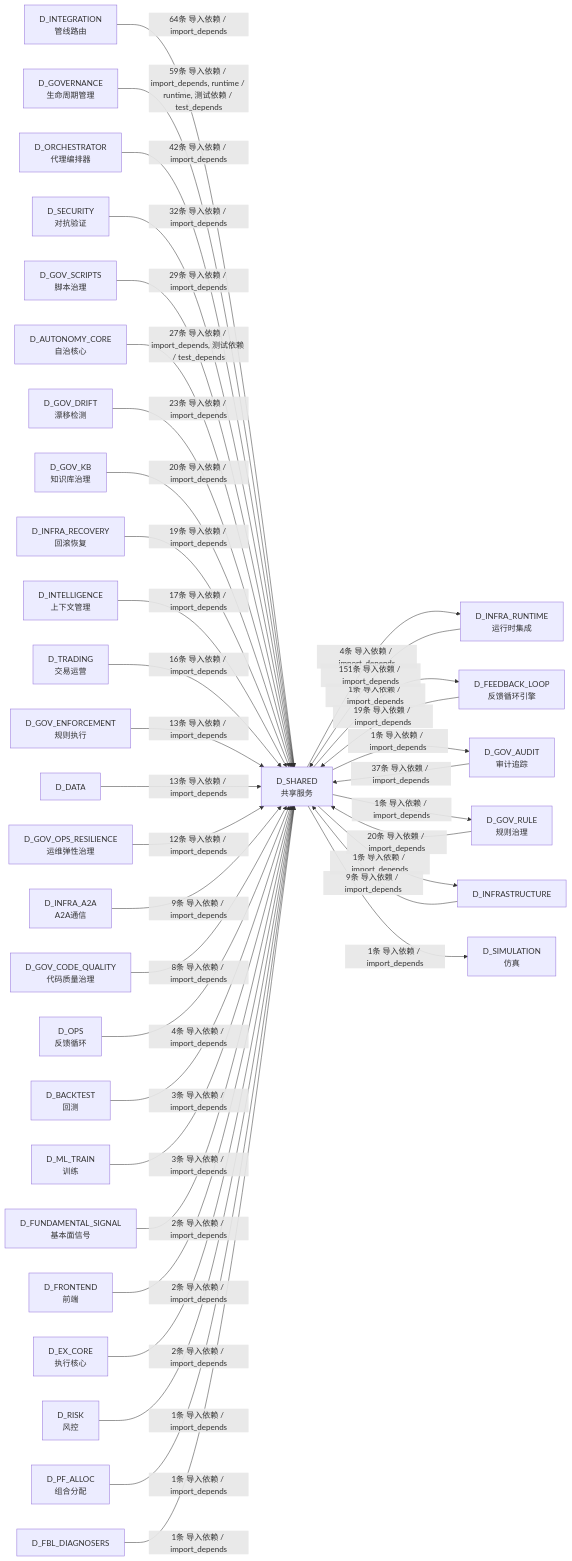
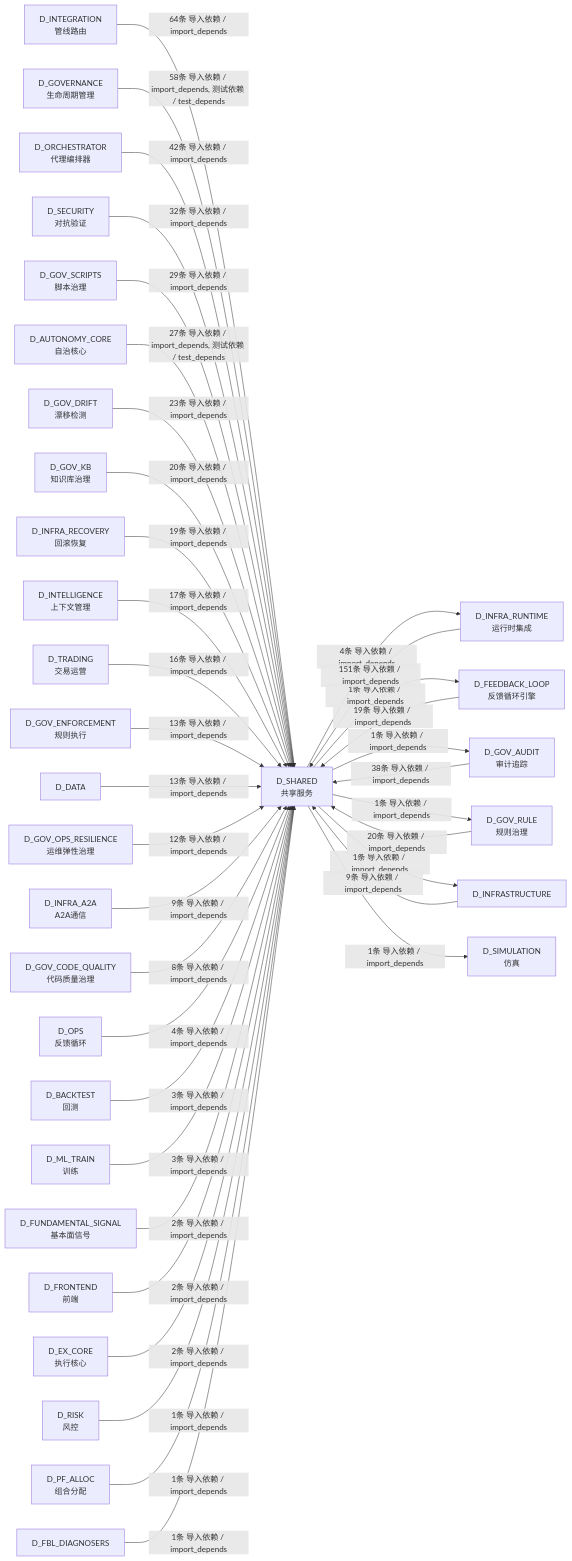
One commit to xuanFelixVan/ZephyrAlpha changed the tenth of 10 diagrams in docs/02_enterprise_architecture/02_domain_architecture_docs/26_d_shared.md. Above: the diagram before and after it, drawn with Mermaid. The commit also changed other lines of this file and 102 other files, not shown here.

````diff
--- a/docs/02_enterprise_architecture/02_domain_architecture_docs/26_d_shared.md
+++ b/docs/02_enterprise_architecture/02_domain_architecture_docs/26_d_shared.md
@@ -1751,71 +1749,71 @@
 ```mermaid
 graph LR
     D_SHARED["D_SHARED<br/>共享服务"]
     D_INFRA_RUNTIME["D_INFRA_RUNTIME<br/>运行时集成"]
     D_FEEDBACK_LOOP["D_FEEDBACK_LOOP<br/>反馈循环引擎"]
     D_GOV_AUDIT["D_GOV_AUDIT<br/>审计追踪"]
     D_GOV_RULE["D_GOV_RULE<br/>规则治理"]
     D_INFRASTRUCTURE["D_INFRASTRUCTURE"]
     D_SIMULATION["D_SIMULATION<br/>仿真"]
     D_INTEGRATION["D_INTEGRATION<br/>管线路由"]
     D_GOVERNANCE["D_GOVERNANCE<br/>生命周期管理"]
     D_ORCHESTRATOR["D_ORCHESTRATOR<br/>代理编排器"]
     D_SECURITY["D_SECURITY<br/>对抗验证"]
     D_GOV_SCRIPTS["D_GOV_SCRIPTS<br/>脚本治理"]
     D_AUTONOMY_CORE["D_AUTONOMY_CORE<br/>自治核心"]
     D_GOV_DRIFT["D_GOV_DRIFT<br/>漂移检测"]
     D_GOV_KB["D_GOV_KB<br/>知识库治理"]
     D_INFRA_RECOVERY["D_INFRA_RECOVERY<br/>回滚恢复"]
     D_INTELLIGENCE["D_INTELLIGENCE<br/>上下文管理"]
     D_TRADING["D_TRADING<br/>交易运营"]
     D_GOV_ENFORCEMENT["D_GOV_ENFORCEMENT<br/>规则执行"]
     D_DATA["D_DATA"]
     D_GOV_OPS_RESILIENCE["D_GOV_OPS_RESILIENCE<br/>运维弹性治理"]
     D_INFRA_A2A["D_INFRA_A2A<br/>A2A通信"]
     D_GOV_CODE_QUALITY["D_GOV_CODE_QUALITY<br/>代码质量治理"]
     D_OPS["D_OPS<br/>反馈循环"]
     D_BACKTEST["D_BACKTEST<br/>回测"]
     D_ML_TRAIN["D_ML_TRAIN<br/>训练"]
     D_FUNDAMENTAL_SIGNAL["D_FUNDAMENTAL_SIGNAL<br/>基本面信号"]
     D_FRONTEND["D_FRONTEND<br/>前端"]
     D_EX_CORE["D_EX_CORE<br/>执行核心"]
     D_RISK["D_RISK<br/>风控"]
     D_PF_ALLOC["D_PF_ALLOC<br/>组合分配"]
     D_FBL_DIAGNOSERS["D_FBL_DIAGNOSERS"]
     D_SHARED -->|4条 导入依赖 / import_depends| D_INFRA_RUNTIME
     D_SHARED -->|1条 导入依赖 / import_depends| D_FEEDBACK_LOOP
     D_SHARED -->|1条 导入依赖 / import_depends| D_GOV_AUDIT
     D_SHARED -->|1条 导入依赖 / import_depends| D_GOV_RULE
     D_SHARED -->|1条 导入依赖 / import_depends| D_INFRASTRUCTURE
     D_SHARED -->|1条 导入依赖 / import_depends| D_SIMULATION
     D_INFRA_RUNTIME -->|151条 导入依赖 / import_depends| D_SHARED
     D_INTEGRATION -->|64条 导入依赖 / import_depends| D_SHARED
-    D_GOVERNANCE -->|59条 导入依赖 / import_depends, runtime / runtime, 测试依赖 / test_depends| D_SHARED
+    D_GOVERNANCE -->|58条 导入依赖 / import_depends, 测试依赖 / test_depends| D_SHARED
     D_ORCHESTRATOR -->|42条 导入依赖 / import_depends| D_SHARED
-    D_GOV_AUDIT -->|37条 导入依赖 / import_depends| D_SHARED
+    D_GOV_AUDIT -->|38条 导入依赖 / import_depends| D_SHARED
     D_SECURITY -->|32条 导入依赖 / import_depends| D_SHARED
     D_GOV_SCRIPTS -->|29条 导入依赖 / import_depends| D_SHARED
     D_AUTONOMY_CORE -->|27条 导入依赖 / import_depends, 测试依赖 / test_depends| D_SHARED
     D_GOV_DRIFT -->|23条 导入依赖 / import_depends| D_SHARED
     D_GOV_RULE -->|20条 导入依赖 / import_depends| D_SHARED
     D_GOV_KB -->|20条 导入依赖 / import_depends| D_SHARED
     D_FEEDBACK_LOOP -->|19条 导入依赖 / import_depends| D_SHARED
     D_INFRA_RECOVERY -->|19条 导入依赖 / import_depends| D_SHARED
     D_INTELLIGENCE -->|17条 导入依赖 / import_depends| D_SHARED
     D_TRADING -->|16条 导入依赖 / import_depends| D_SHARED
     D_GOV_ENFORCEMENT -->|13条 导入依赖 / import_depends| D_SHARED
     D_DATA -->|13条 导入依赖 / import_depends| D_SHARED
     D_GOV_OPS_RESILIENCE -->|12条 导入依赖 / import_depends| D_SHARED
     D_INFRASTRUCTURE -->|9条 导入依赖 / import_depends| D_SHARED
     D_INFRA_A2A -->|9条 导入依赖 / import_depends| D_SHARED
     D_GOV_CODE_QUALITY -->|8条 导入依赖 / import_depends| D_SHARED
     D_OPS -->|4条 导入依赖 / import_depends| D_SHARED
     D_BACKTEST -->|3条 导入依赖 / import_depends| D_SHARED
     D_ML_TRAIN -->|3条 导入依赖 / import_depends| D_SHARED
     D_FUNDAMENTAL_SIGNAL -->|2条 导入依赖 / import_depends| D_SHARED
     D_FRONTEND -->|2条 导入依赖 / import_depends| D_SHARED
     D_EX_CORE -->|2条 导入依赖 / import_depends| D_SHARED
     D_RISK -->|1条 导入依赖 / import_depends| D_SHARED
     D_PF_ALLOC -->|1条 导入依赖 / import_depends| D_SHARED
     D_FBL_DIAGNOSERS -->|1条 导入依赖 / import_depends| D_SHARED
 ```
````
